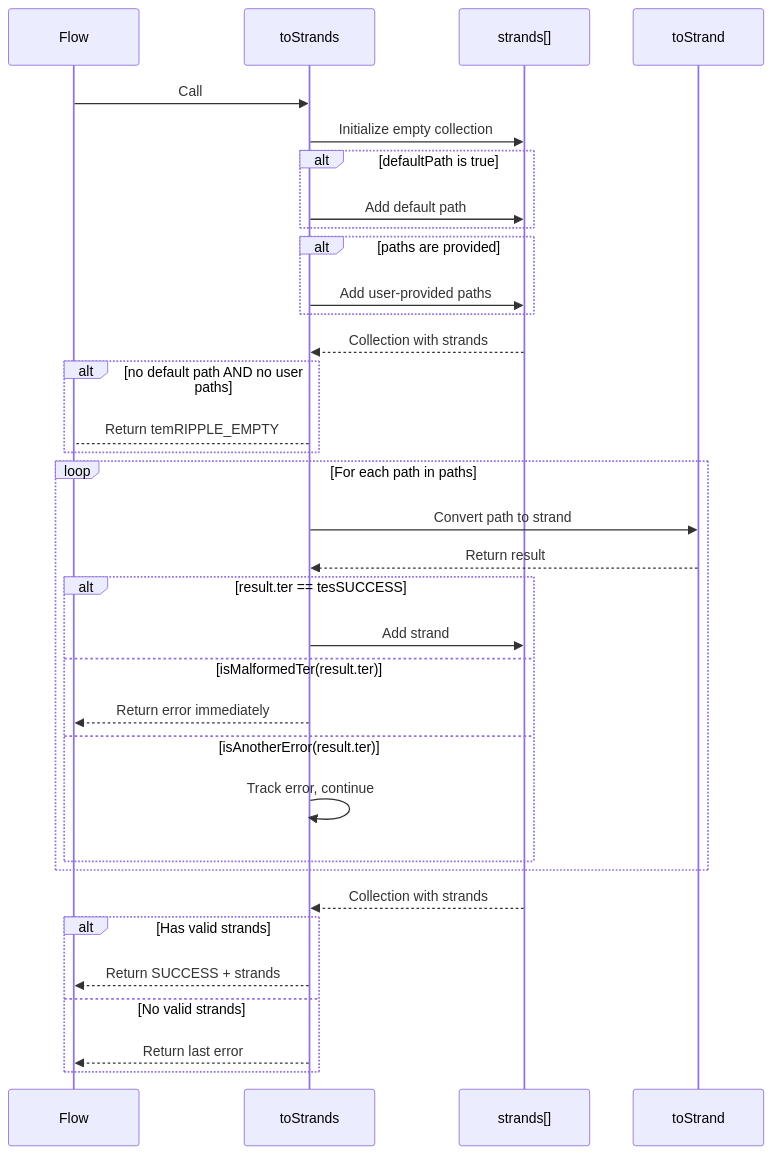
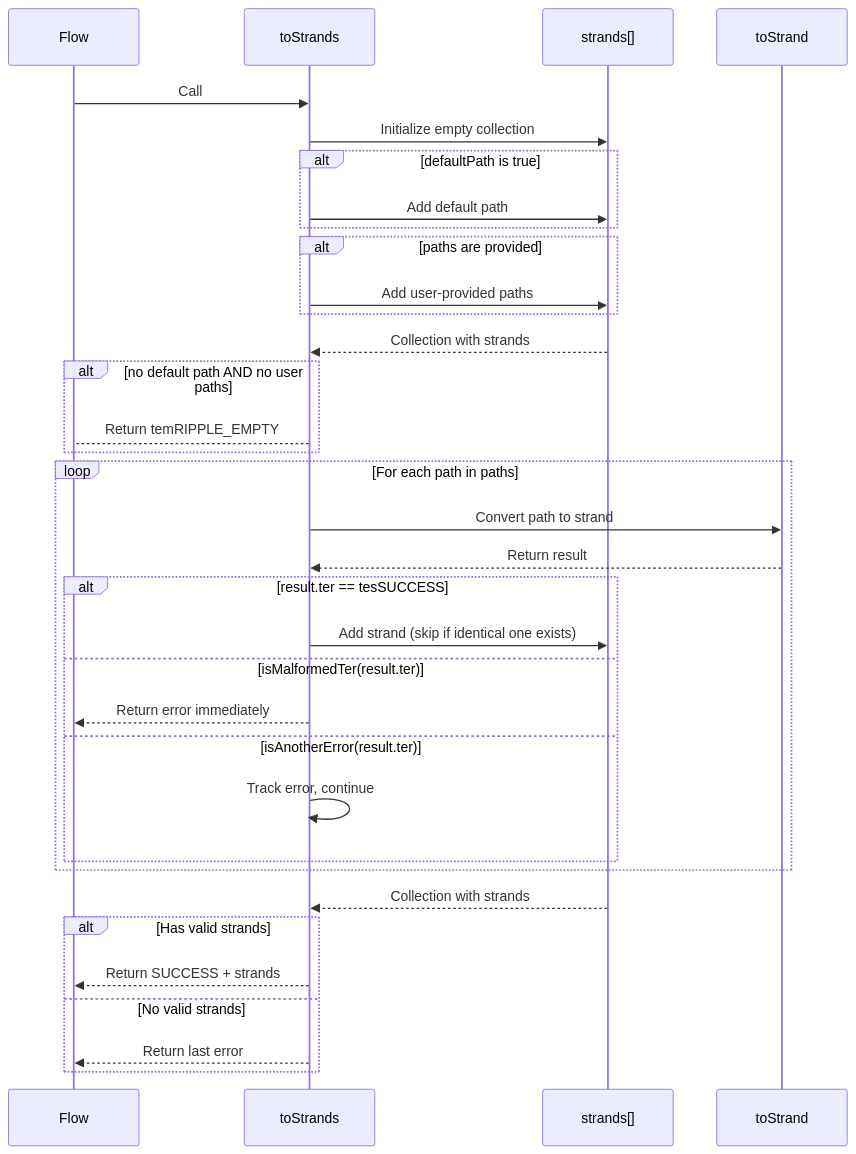
Before and after one commit to XRPLF/dex-docs: the third of 12 diagrams in docs/flow/README.md, drawn with Mermaid. The commit also changed other lines of this file and 15 other files, not shown here.

````diff
--- a/docs/flow/README.md
+++ b/docs/flow/README.md
@@ -517,38 +517,38 @@
 ```mermaid
 sequenceDiagram
     participant Caller as Flow
     participant toStrands
     participant Strands as strands[]
     participant toStrand
     
     Caller->>toStrands: Call
     toStrands->>Strands: Initialize empty collection
     alt defaultPath is true
         toStrands->>Strands: Add default path
     end
     alt paths are provided
         toStrands->>Strands: Add user-provided paths
     end
     Strands-->>toStrands: Collection with strands
     alt no default path AND no user paths
         toStrands-->Caller: Return temRIPPLE_EMPTY
     end        
     loop For each path in paths
         toStrands->>toStrand: Convert path to strand
         toStrand-->>toStrands: Return result
         alt result.ter == tesSUCCESS
-            toStrands->>Strands: Add strand
+            toStrands->>Strands: Add strand (skip if identical one exists)
         else isMalformedTer(result.ter)
             toStrands-->>Caller: Return error immediately
         else isAnotherError(result.ter)
             toStrands->>toStrands: Track error, continue
         end
     end
     Strands-->>toStrands: Collection with strands
 
     alt Has valid strands
         toStrands-->>Caller: Return SUCCESS + strands
     else No valid strands
         toStrands-->>Caller: Return last error
     end
 ```
````
